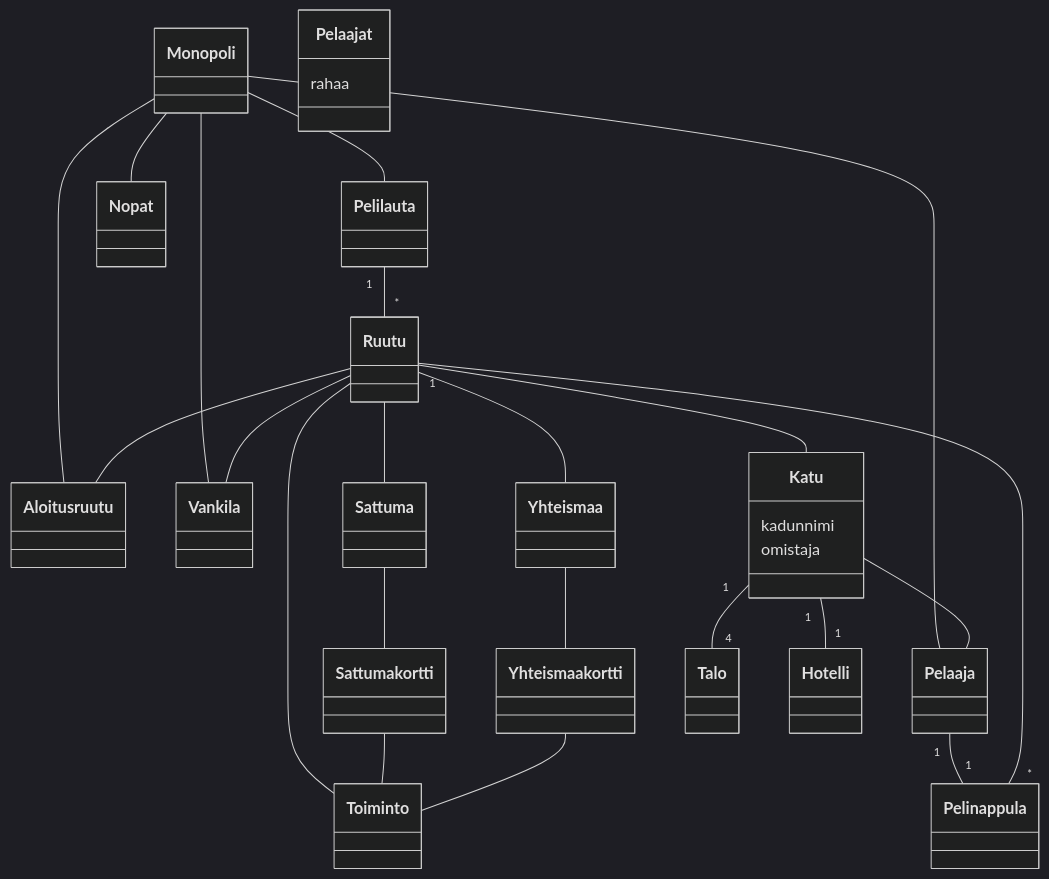
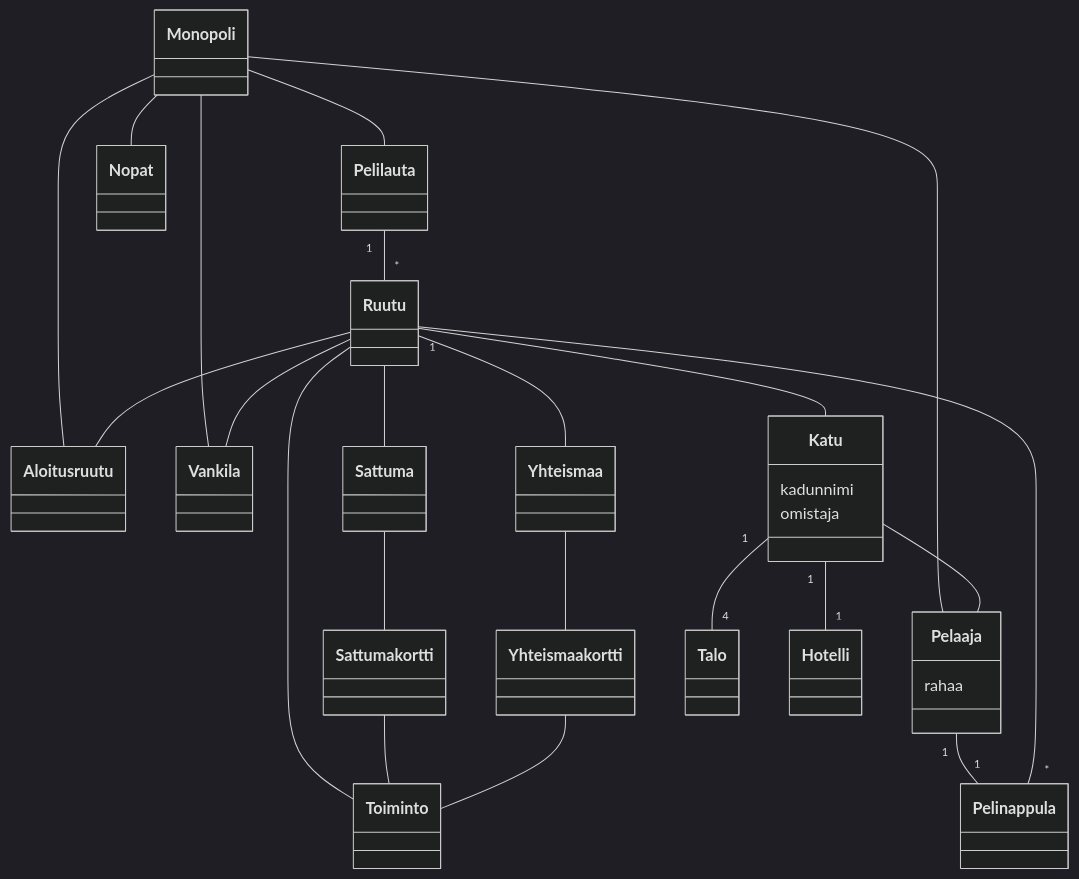
One commit to EeroAnt/ot-harjoitusty- changed the diagram in laskarit/viikko3/kaavio.md. Above: the diagram before and after it, drawn with Mermaid (dark theme).

Commit message:
luokkakaavio ver 1.16

````diff
--- a/laskarit/viikko3/kaavio.md
+++ b/laskarit/viikko3/kaavio.md
@@ -1,47 +1,47 @@
 ```mermaid
  classDiagram
       Pelilauta "1" -- "*" Ruutu
       Pelinappula "*" -- "1" Ruutu
       Pelaaja "1" -- "1" Pelinappula
       Monopoli -- Pelilauta
       Monopoli -- Pelaaja
       Monopoli -- Nopat
       Monopoli -- Aloitusruutu
       Monopoli -- Vankila
       Ruutu -- Toiminto
       Sattuma -- Sattumakortti
       Yhteismaa -- Yhteismaakortti
       Sattumakortti -- Toiminto
       Yhteismaakortti -- Toiminto
       Katu "1" -- "4" Talo
       Katu "1" -- "1" Hotelli
       Katu -- Pelaaja
       Ruutu -- Aloitusruutu
       Ruutu -- Vankila
       Ruutu -- Sattuma
       Ruutu -- Katu
       Ruutu -- Yhteismaa
       class Monopoli
       class Pelilauta
       class Ruutu
       class Pelinappula
-      class Pelaajat{
+      class Pelaaja{
           rahaa
       }
       class Nopat
       class Aloitusruutu
       class Vankila
       Class Sattuma
       Class Yhteismaa
       Class Asema
       Class Laitos
       class Katu{
           kadunnimi
           omistaja
       }
       Class Sattumakortti
       Class Yhteismaakortti
       Class Toiminto
       Class Talo
       Class Hotelli
 ```
````
